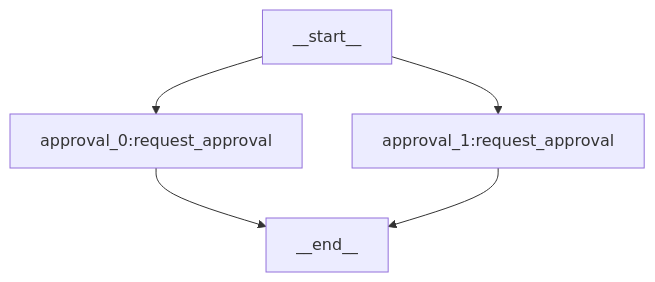
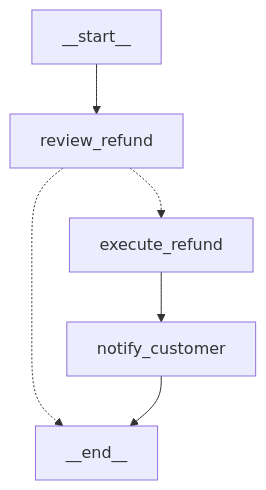
Before and after one commit to ilkersigirci/langgraph-openai-serve: the first of 2 diagrams in docs/demo/graphs/interruptible-approval.md, drawn with Mermaid. The commit also changed other lines of this file and 26 other files, not shown here.

````diff
--- a/docs/demo/graphs/interruptible-approval.md
+++ b/docs/demo/graphs/interruptible-approval.md
@@ -19,7 +22,8 @@
 ```mermaid
 graph TD;
-  __start__ --> approval_0_request["approval_0:request_approval"];
-  __start__ --> approval_1_request["approval_1:request_approval"];
-  approval_0_request --> __end__;
-  approval_1_request --> __end__;
+  start["__start__"] --> review_refund;
+  execute_refund --> notify_customer;
+  review_refund -.-> finish["__end__"];
+  review_refund -.-> execute_refund;
+  notify_customer --> finish;
 ```
````
